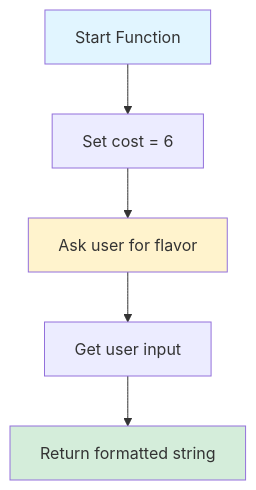
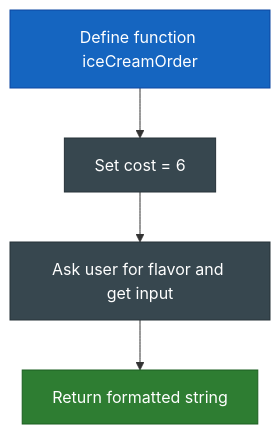
Before and after one commit to GedikEngin/CSU_CS150_SP26_Lab03: the fourth of 4 diagrams in newInstructions.md, drawn with Mermaid. The commit also changed other lines of this file, not shown here.

````diff
--- a/newInstructions.md
+++ b/newInstructions.md
@@ -155,11 +142,11 @@
 ```mermaid
 flowchart TD
-    A[Start Function] --> B[Set cost = 6]
-    B --> C[Ask user for flavor]
-    C --> D[Get user input]
-    D --> E[Return formatted string]
-    
-    style A fill:#e1f5ff
-    style C fill:#fff3cd
-    style E fill:#d4edda
+    A[Define function iceCreamOrder] --> B[Set cost = 6]
+    B --> C[Ask user for flavor and get input]
+    C --> E[Return formatted string]
+
+    style A fill:#1565c0,stroke:#0d47a1,color:#fff
+    style B fill:#37474f,stroke:#263238,color:#fff
+    style C fill:#37474f,stroke:#263238,color:#fff
+    style E fill:#2e7d32,stroke:#1b5e20,color:#fff
 ```
````
